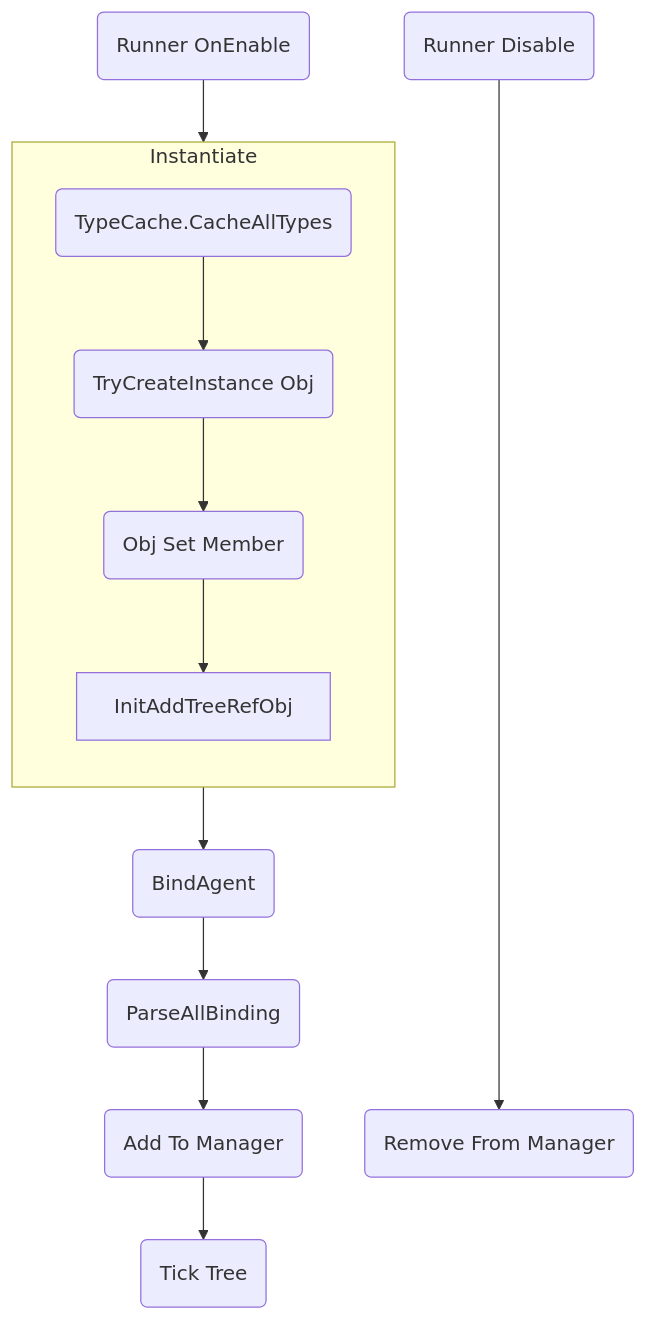
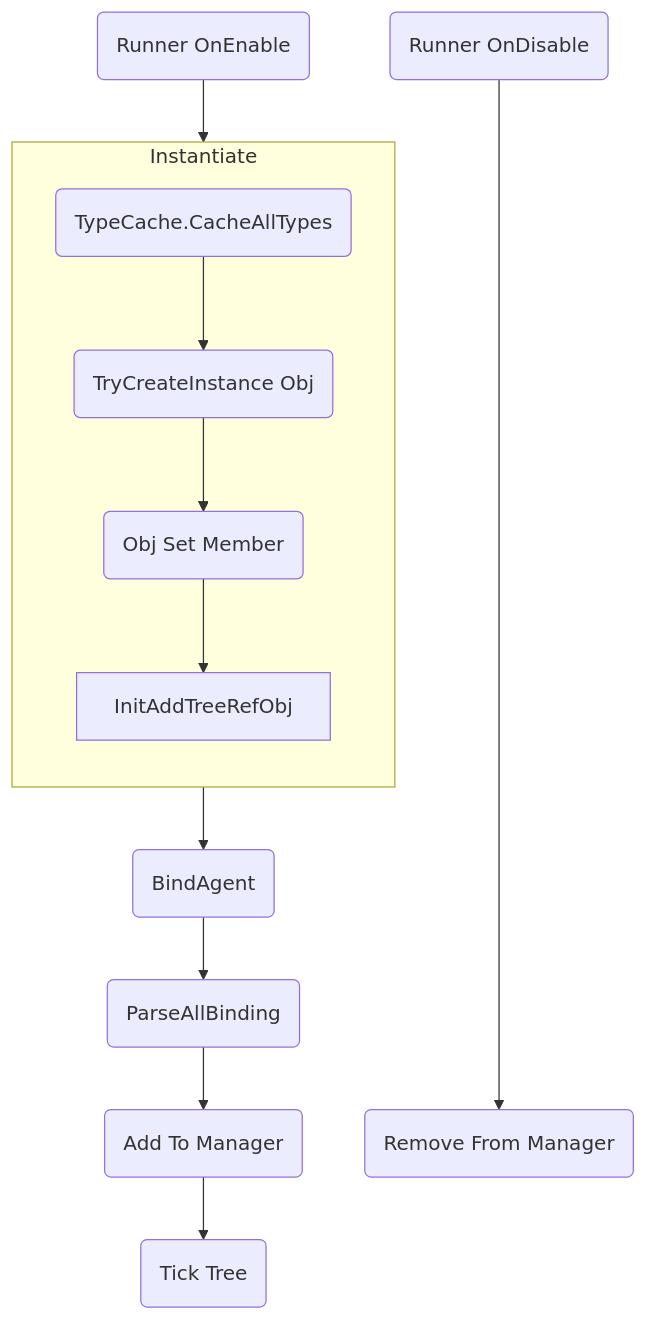
The diagram in UnityAI/Packages/com.megumin.ai.behaviortree/Note/优化.md (0x3f3f3f3f/Megumin.GameFramework.AI), drawn with Mermaid before and after one commit. The commit also changed other lines of this file, not shown here.

````diff
--- a/UnityAI/Packages/com.megumin.ai.behaviortree/Note/优化.md
+++ b/UnityAI/Packages/com.megumin.ai.behaviortree/Note/优化.md
@@ -6,20 +6,20 @@
 ```mermaid
 graph TD
 
 onenable("Runner OnEnable") --> Instantiate
 Instantiate --> bindAgent("BindAgent")
 bindAgent--> parse("ParseAllBinding")
 parse--> addTo("Add To Manager")
 addTo--> tick("Tick Tree")
 
-onDisable("Runner Disable") -----> remove("Remove From Manager")
+onDisable("Runner OnDisable") -----> remove("Remove From Manager")
 
 subgraph Instantiate
 direction TB
     tc("TypeCache.CacheAllTypes")
     tc --> create("TryCreateInstance Obj")
     create --> map("Obj Set Member")
     map --> InitAddTreeRefObj
 end
 
 ```
````
